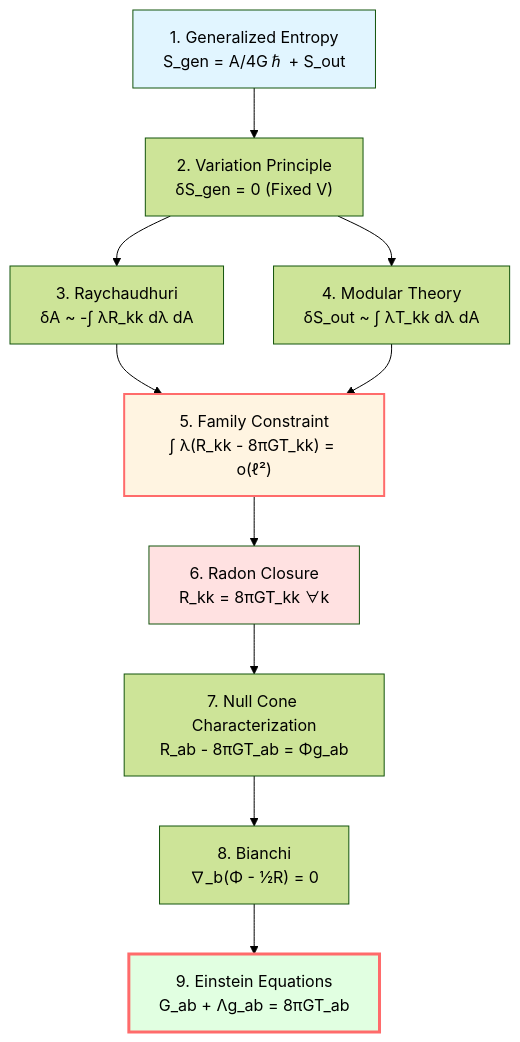
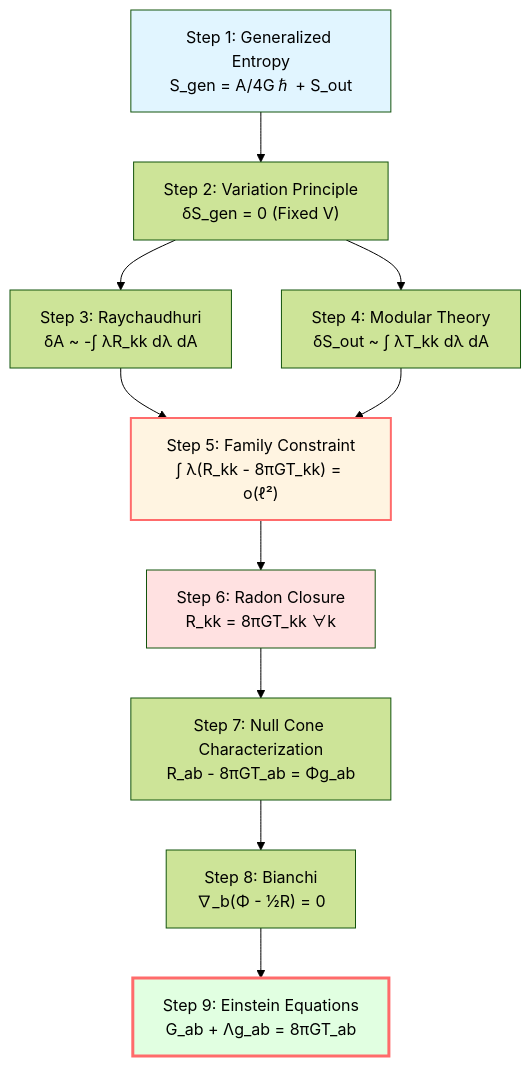
The fifth of 5 diagrams in docs/euler-article/gls-union/04-igvp-framework/04-first-order-variation_en.md (loning/zeckendorf-hilbert), drawn with Mermaid (forest theme) before and after one commit. The commit also changed 26 other files, not shown here.

````diff
--- a/docs/euler-article/gls-union/04-igvp-framework/04-first-order-variation_en.md
+++ b/docs/euler-article/gls-union/04-igvp-framework/04-first-order-variation_en.md
@@ -379,23 +379,23 @@
 ```mermaid
 graph TB
-    S1["1. Generalized Entropy<br/>S_gen = A/4Gℏ + S_out"] --> S2["2. Variation Principle<br/>δS_gen = 0 (Fixed V)"]
+    S1["Step 1: Generalized Entropy<br/>S_gen = A/4Gℏ + S_out"] --> S2["Step 2: Variation Principle<br/>δS_gen = 0 (Fixed V)"]
 
-    S2 --> S3["3. Raychaudhuri<br/>δA ~ -∫ λR_kk dλ dA"]
-    S2 --> S4["4. Modular Theory<br/>δS_out ~ ∫ λT_kk dλ dA"]
+    S2 --> S3["Step 3: Raychaudhuri<br/>δA ~ -∫ λR_kk dλ dA"]
+    S2 --> S4["Step 4: Modular Theory<br/>δS_out ~ ∫ λT_kk dλ dA"]
 
-    S3 --> S5["5. Family Constraint<br/>∫ λ(R_kk - 8πGT_kk) = o(ℓ²)"]
+    S3 --> S5["Step 5: Family Constraint<br/>∫ λ(R_kk - 8πGT_kk) = o(ℓ²)"]
     S4 --> S5
 
-    S5 --> S6["6. Radon Closure<br/>R_kk = 8πGT_kk ∀k"]
+    S5 --> S6["Step 6: Radon Closure<br/>R_kk = 8πGT_kk ∀k"]
 
-    S6 --> S7["7. Null Cone Characterization<br/>R_ab - 8πGT_ab = Φg_ab"]
+    S6 --> S7["Step 7: Null Cone Characterization<br/>R_ab - 8πGT_ab = Φg_ab"]
 
-    S7 --> S8["8. Bianchi<br/>∇_b(Φ - ½R) = 0"]
+    S7 --> S8["Step 8: Bianchi<br/>∇_b(Φ - ½R) = 0"]
 
-    S8 --> S9["9. Einstein Equations<br/>G_ab + Λg_ab = 8πGT_ab"]
+    S8 --> S9["Step 9: Einstein Equations<br/>G_ab + Λg_ab = 8πGT_ab"]
 
     style S1 fill:#e1f5ff
     style S5 fill:#fff4e1,stroke:#ff6b6b,stroke-width:2px
     style S6 fill:#ffe1e1
     style S9 fill:#e1ffe1,stroke:#ff6b6b,stroke-width:3px
 ```
````
